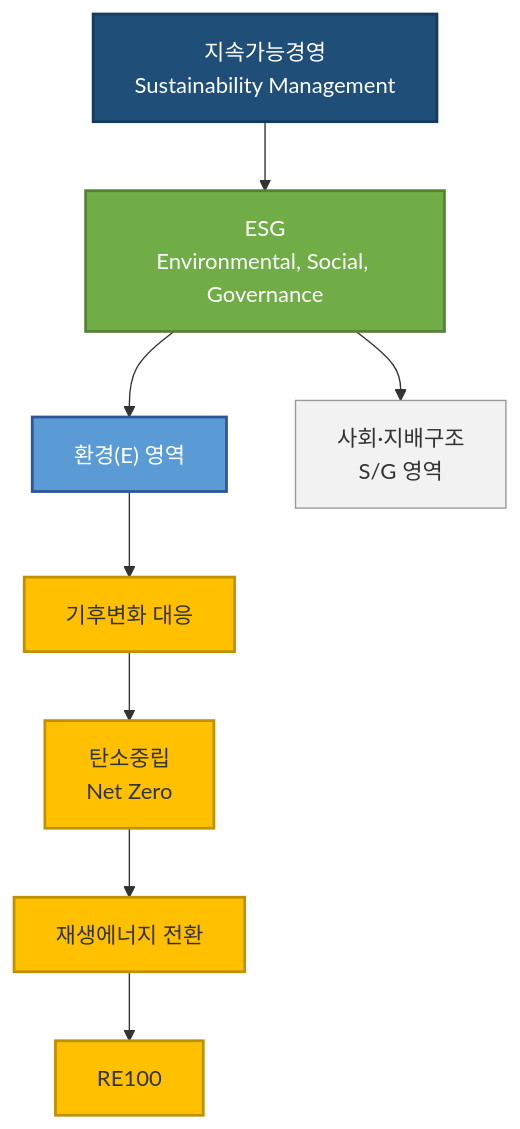
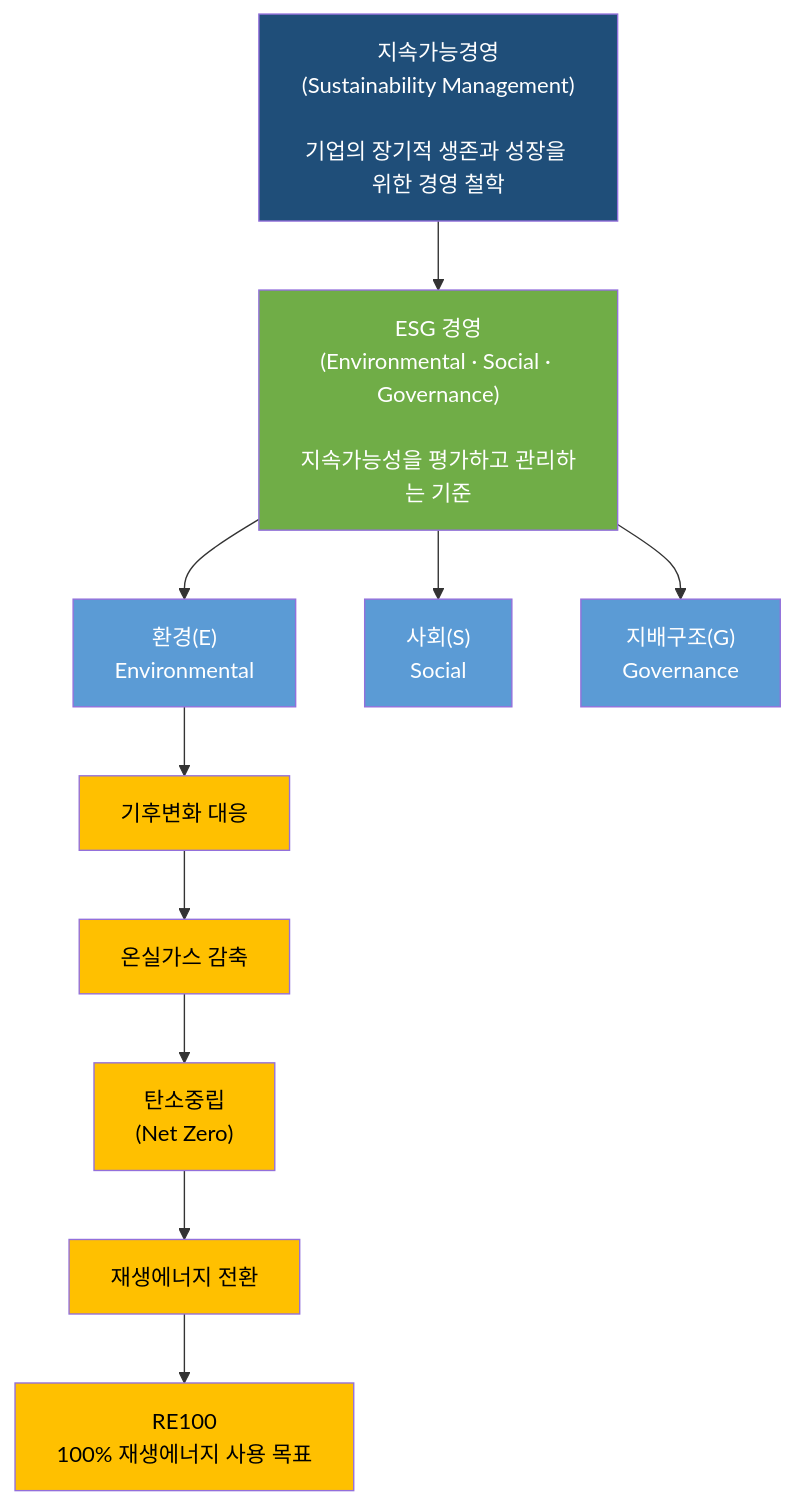
One commit to yeonkyupark/pepc3e changed the diagram in docs/0705_emerging_factory_management_technologies_and_trends.md. Above: the diagram before and after it, drawn with Mermaid.

Commit message:
Update sustainability management flowchart and content

````diff
--- a/docs/0705_emerging_factory_management_technologies_and_trends.md
+++ b/docs/0705_emerging_factory_management_technologies_and_trends.md
@@ -11,30 +11,47 @@
 ```mermaid
-flowchart TD
+flowchart TB
 
-    A["지속가능경영<br/>Sustainability Management"]
-    B["ESG<br/>Environmental, Social, Governance"]
+    A["지속가능경영<br/>(Sustainability Management)<br/><br/>기업의 장기적 생존과 성장을 위한 경영 철학"]
+
+    B["ESG 경영<br/>(Environmental · Social · Governance)<br/><br/>지속가능성을 평가하고 관리하는 기준"]
+
+    C["환경(E)<br/>Environmental"]
+
+    D["사회(S)<br/>Social"]
+
+    E["지배구조(G)<br/>Governance"]
+
+    F["기후변화 대응"]
+
+    G["온실가스 감축"]
+
+    H["탄소중립<br/>(Net Zero)"]
+
+    I["재생에너지 전환"]
+
+    J["RE100<br/>100% 재생에너지 사용 목표"]
+
 
     A --> B
 
-    B --> C["환경(E) 영역"]
-    B --> D["사회·지배구조<br/>S/G 영역"]
+    B --> C
+    B --> D
+    B --> E
 
-    C --> E["기후변화 대응"]
-    E --> F["탄소중립<br/>Net Zero"]
-    F --> G["재생에너지 전환"]
-    G --> H["RE100"]
+    C --> F
+    F --> G
+    G --> H
+    H --> I
+    I --> J
 
-    %% 스타일 정의
-    classDef main fill:#1f4e79,color:white,stroke:#163a5c,stroke-width:2px;
-    classDef esg fill:#70ad47,color:white,stroke:#548235,stroke-width:2px;
-    classDef env fill:#5b9bd5,color:white,stroke:#2f5597,stroke-width:2px;
-    classDef sub fill:#f2f2f2,color:#333,stroke:#999;
-    classDef goal fill:#ffc000,color:#333,stroke:#bf9000,stroke-width:2px;
 
-    class A main;
+    classDef top fill:#1f4e79,color:white;
+    classDef esg fill:#70ad47,color:white;
+    classDef env fill:#5b9bd5,color:white;
+    classDef action fill:#ffc000,color:black;
+
+    class A top;
     class B esg;
-    class C env;
-    class D sub;
-    class E,F,G goal;
-    class H goal;
+    class C,D,E env;
+    class F,G,H,I,J action;
 ```
````
